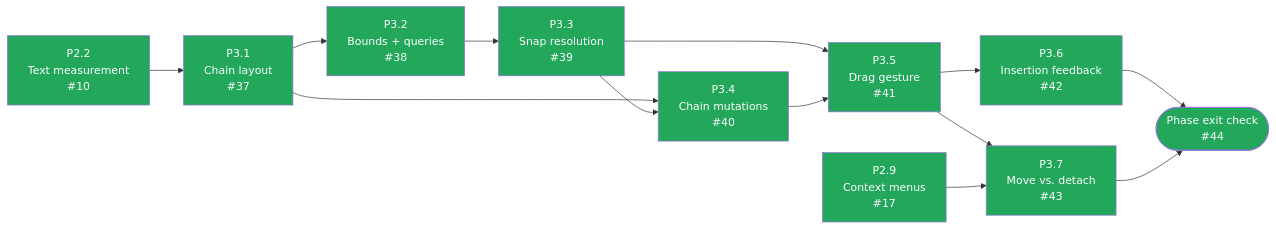
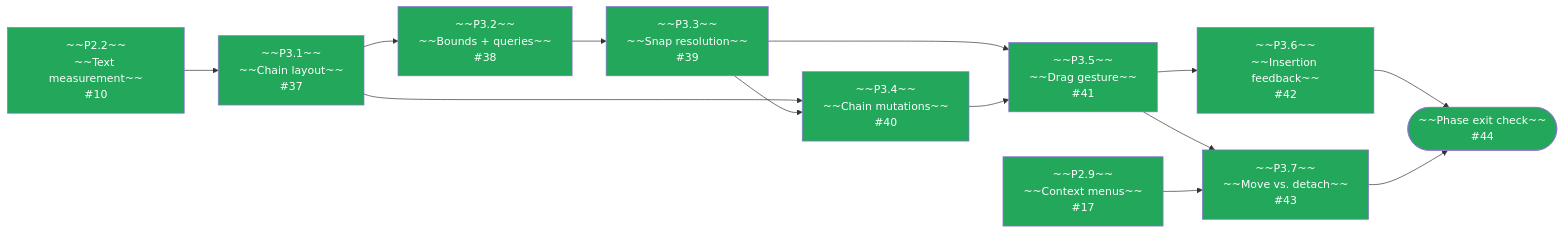
One commit to tousifosman/CalcMind changed the second of 3 diagrams in docs/DEVELOPMENT_PLAN.md. Above: the diagram before and after it, drawn with Mermaid. The commit also changed other lines of this file and 3 other files, not shown here.

````diff
--- a/docs/DEVELOPMENT_PLAN.md
+++ b/docs/DEVELOPMENT_PLAN.md
@@ -329,37 +331,37 @@
 ```mermaid
 flowchart LR
-    P22["P2.2<br/>Text measurement<br/>#10"]
-    P29["P2.9<br/>Context menus<br/>#17"]
-    P31["P3.1<br/>Chain layout<br/>#37"]
-    P32["P3.2<br/>Bounds + queries<br/>#38"]
-    P33["P3.3<br/>Snap resolution<br/>#39"]
-    P34["P3.4<br/>Chain mutations<br/>#40"]
-    P35["P3.5<br/>Drag gesture<br/>#41"]
-    P36["P3.6<br/>Insertion feedback<br/>#42"]
-    P37["P3.7<br/>Move vs. detach<br/>#43"]
-    EXIT(["Phase exit check<br/>#44"])
+    P22["~~P2.2~~<br/>~~Text measurement~~<br/>#10"]
+    P29["~~P2.9~~<br/>~~Context menus~~<br/>#17"]
+    P31["~~P3.1~~<br/>~~Chain layout~~<br/>#37"]
+    P32["~~P3.2~~<br/>~~Bounds + queries~~<br/>#38"]
+    P33["~~P3.3~~<br/>~~Snap resolution~~<br/>#39"]
+    P34["~~P3.4~~<br/>~~Chain mutations~~<br/>#40"]
+    P35["~~P3.5~~<br/>~~Drag gesture~~<br/>#41"]
+    P36["~~P3.6~~<br/>~~Insertion feedback~~<br/>#42"]
+    P37["~~P3.7~~<br/>~~Move vs. detach~~<br/>#43"]
+    EXIT(["~~Phase exit check~~<br/>#44"])
 
     P22 --> P31
     P31 --> P32
     P32 --> P33
     P31 --> P34
     P33 --> P34
     P33 --> P35
     P34 --> P35
     P35 --> P36
     P35 --> P37
     P29 --> P37
     P36 --> EXIT
     P37 --> EXIT
 
     style P22 fill:#22A75B,color:#fff
     style P29 fill:#22A75B,color:#fff
     style P31 fill:#22A75B,color:#fff
     style P32 fill:#22A75B,color:#fff
     style P33 fill:#22A75B,color:#fff
     style P34 fill:#22A75B,color:#fff
     style P35 fill:#22A75B,color:#fff
     style P36 fill:#22A75B,color:#fff
     style P37 fill:#22A75B,color:#fff
     style EXIT fill:#22A75B,color:#fff
 ```
````
